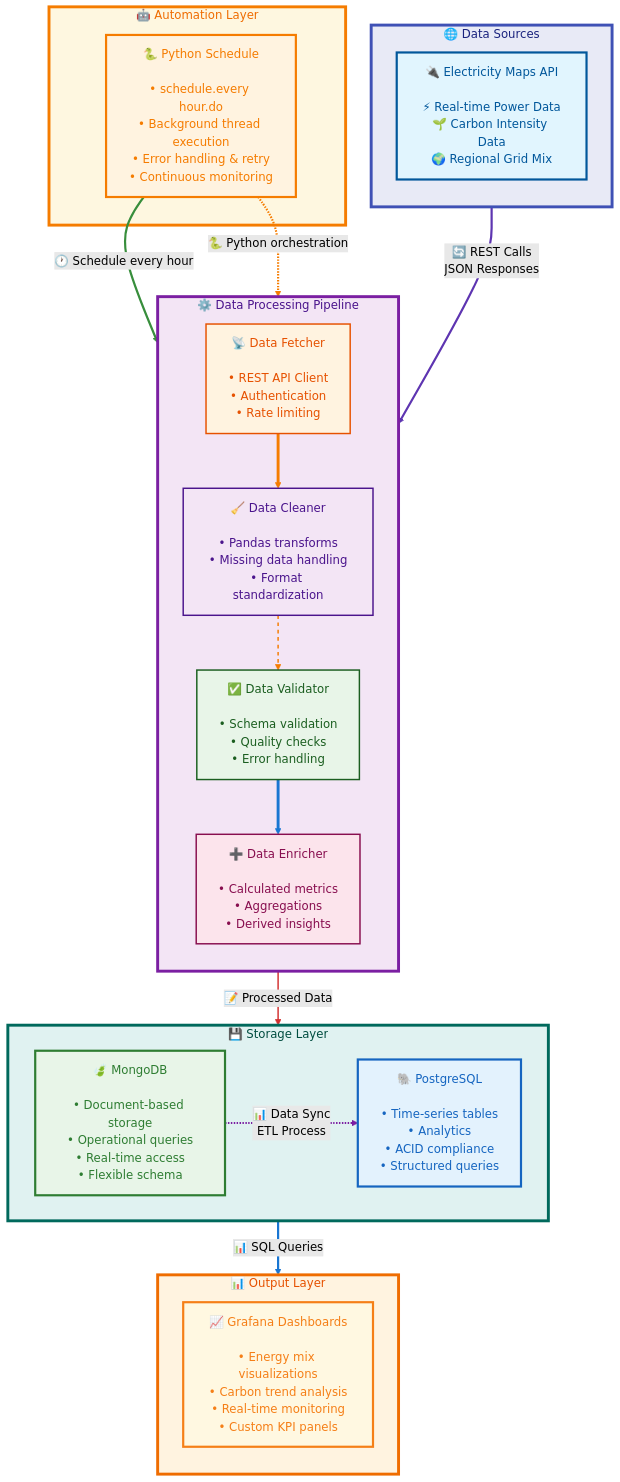
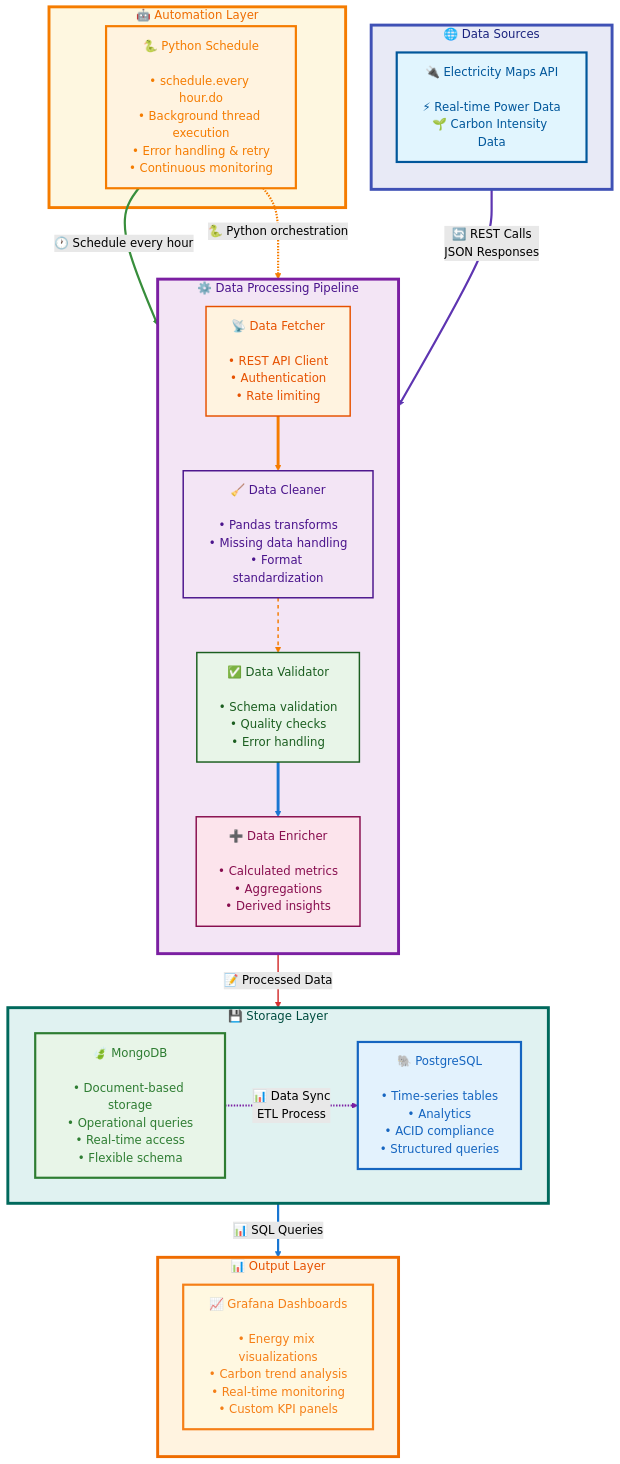
Before and after one commit to Badallocoredumped/neutrino: the diagram in docs/README.md, drawn with Mermaid (forest theme).

Commit message:
Update Electricity Maps API description in README
Removed regional grid mix information from Electricity Maps API description.

````diff
--- a/docs/README.md
+++ b/docs/README.md
@@ -10,77 +10,77 @@
 ```mermaid
 flowchart TB
     subgraph AUTOMATION["🤖 Automation Layer"]
         SCHEDULER[🐍 Python Schedule<br/><br/>• schedule.every hour.do<br/>• Background thread execution<br/>• Error handling & retry<br/>• Continuous monitoring]
         style SCHEDULER fill:#fff3e0,stroke:#f57c00,stroke-width:3px,color:#f57c00
     end
 
     subgraph INPUT["🌐 Data Sources"]
         direction TB
-        EM[🔌 Electricity Maps API<br/><br/>⚡ Real-time Power Data<br/>🌱 Carbon Intensity Data<br/>🌍 Regional Grid Mix]
+        EM[🔌 Electricity Maps API<br/><br/>⚡ Real-time Power Data<br/>🌱 Carbon Intensity Data<br/>]
         style EM fill:#e1f5fe,stroke:#01579b,stroke-width:3px,color:#01579b
     end
     
     subgraph PROCESSING["⚙️ Data Processing Pipeline"]
         direction TB
         FETCH[📡 Data Fetcher<br/><br/>• REST API Client<br/>• Authentication<br/>• Rate limiting]
         CLEAN[🧹 Data Cleaner<br/><br/>• Pandas transforms<br/>• Missing data handling<br/>• Format standardization]
         VALIDATE[✅ Data Validator<br/><br/>• Schema validation<br/>• Quality checks<br/>• Error handling]
         ENRICH[➕ Data Enricher<br/><br/>• Calculated metrics<br/>• Aggregations<br/>• Derived insights]
         
         FETCH --> CLEAN
         CLEAN --> VALIDATE
         VALIDATE --> ENRICH
         
         style FETCH fill:#fff3e0,stroke:#e65100,stroke-width:2px,color:#e65100
         style CLEAN fill:#f3e5f5,stroke:#4a148c,stroke-width:2px,color:#4a148c
         style VALIDATE fill:#e8f5e8,stroke:#1b5e20,stroke-width:2px,color:#1b5e20
         style ENRICH fill:#fce4ec,stroke:#880e4f,stroke-width:2px,color:#880e4f
     end
     
     subgraph STORAGE["💾 Storage Layer"]
         direction LR
         OPERATIONAL[🍃 MongoDB<br/><br/>• Document-based storage<br/>• Operational queries<br/>• Real-time access<br/>• Flexible schema]
         ANALYTICAL[🐘 PostgreSQL<br/><br/>• Time-series tables<br/>• Analytics<br/>• ACID compliance<br/>• Structured queries]
         
         OPERATIONAL -.->|"📊 Data Sync<br/>ETL Process"| ANALYTICAL
         
         style OPERATIONAL fill:#e8f5e8,stroke:#2e7d32,stroke-width:3px,color:#2e7d32
         style ANALYTICAL fill:#e3f2fd,stroke:#1565c0,stroke-width:3px,color:#1565c0
     end
     
     subgraph OUTPUT["📊 Output Layer"]
         direction TB
         DASH[📈 Grafana Dashboards<br/><br/>• Energy mix visualizations<br/>• Carbon trend analysis<br/>• Real-time monitoring<br/>• Custom KPI panels]
         
         style DASH fill:#fff8e1,stroke:#f57f17,stroke-width:3px,color:#f57f17
     end
     
     %% Automation connections
     SCHEDULER ==>|"🕐 Schedule every hour"| FETCH
     SCHEDULER -.->|"🐍 Python orchestration"| PROCESSING
     
     %% Main flow connections
     EM ==>|"🔄 REST Calls<br/>JSON Responses"| FETCH
     ENRICH ==>|"📝 Processed Data"| OPERATIONAL
     
     %% Output connections
     ANALYTICAL ==>|"📊 SQL Queries"| DASH
     
     %% Styling for subgraphs
     style AUTOMATION fill:#fef7e0,stroke:#f57c00,stroke-width:4px,color:#ef6c00
     style INPUT fill:#e8eaf6,stroke:#3f51b5,stroke-width:4px,color:#1a237e
     style PROCESSING fill:#f3e5f5,stroke:#7b1fa2,stroke-width:4px,color:#4a148c
     style STORAGE fill:#e0f2f1,stroke:#00695c,stroke-width:4px,color:#004d40
     style OUTPUT fill:#fff3e0,stroke:#ef6c00,stroke-width:4px,color:#e65100
 
     %% Custom connection styling
     linkStyle 0 stroke:#f57c00,stroke-width:4px
     linkStyle 1 stroke:#f57c00,stroke-width:2px,stroke-dasharray: 5 5
     linkStyle 2 stroke:#1976d2,stroke-width:4px
     linkStyle 3 stroke:#7b1fa2,stroke-width:3px
     linkStyle 4 stroke:#388e3c,stroke-width:3px
     linkStyle 5 stroke:#f57c00,stroke-width:3px
     linkStyle 6 stroke:#5e35b1,stroke-width:3px
     linkStyle 7 stroke:#d32f2f,stroke-width:2px
     linkStyle 8 stroke:#1976d2,stroke-width:3px
 ```
````
